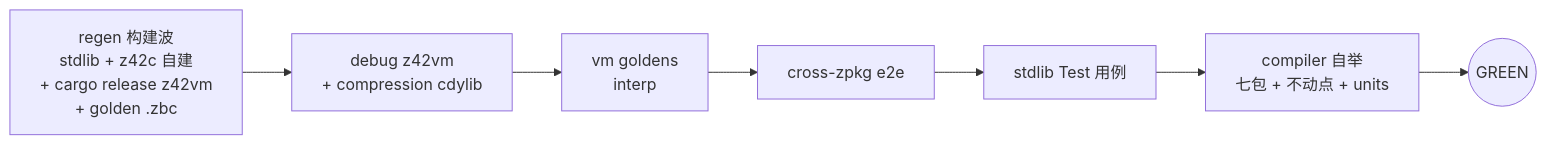
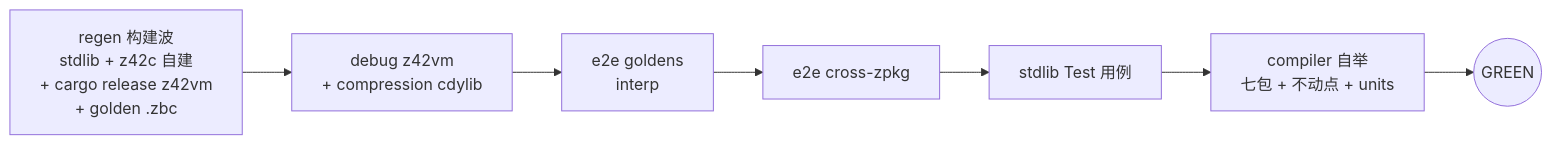
Before and after one commit to z42-lang/z42: the diagram in docs/book/src/dev/test-gate.md, drawn with Mermaid. The commit also changed other lines of this file and 36 other files, not shown here.

````diff
--- a/docs/book/src/dev/test-gate.md
+++ b/docs/book/src/dev/test-gate.md
@@ -35,9 +35,9 @@
 ```mermaid
 graph LR
     R[regen 构建波<br/>stdlib + z42c 自建<br/>+ cargo release z42vm<br/>+ golden .zbc] --> D[debug z42vm<br/>+ compression cdylib]
-    D --> S1[vm goldens<br/>interp]
-    S1 --> S2[cross-zpkg e2e]
+    D --> S1[e2e goldens<br/>interp]
+    S1 --> S2[e2e cross-zpkg]
     S2 --> S3[stdlib Test 用例]
     S3 --> S4[compiler 自举<br/>七包 + 不动点 + units]
     S4 --> G((GREEN))
 ```
````
